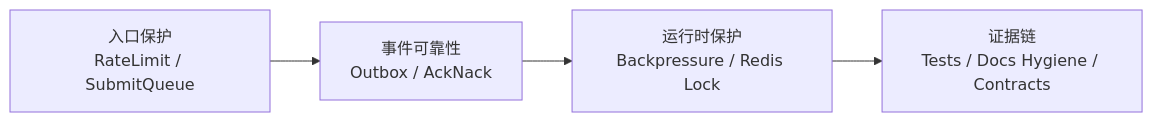
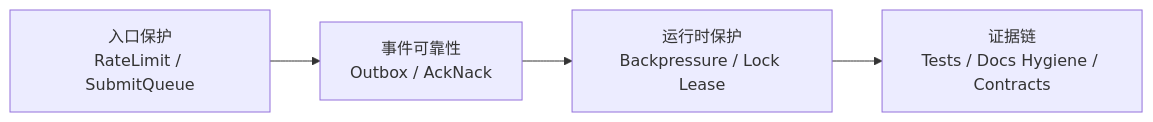
One commit to FangcunMount/qs-server changed the diagram in docs/06-宣讲/07-工程治理与证据.md. Above: the diagram before and after it, drawn with Mermaid. The commit also changed 34 other files, not shown here.

````diff
--- a/docs/06-宣讲/07-工程治理与证据.md
+++ b/docs/06-宣讲/07-工程治理与证据.md
@@ -20,6 +20,6 @@
 ```mermaid
 flowchart LR
     ingress["入口保护<br/>RateLimit / SubmitQueue"] --> event["事件可靠性<br/>Outbox / AckNack"]
-    event --> runtime["运行时保护<br/>Backpressure / Redis Lock"]
+    event --> runtime["运行时保护<br/>Backpressure / Lock Lease"]
     runtime --> docs["证据链<br/>Tests / Docs Hygiene / Contracts"]
 ```
````
